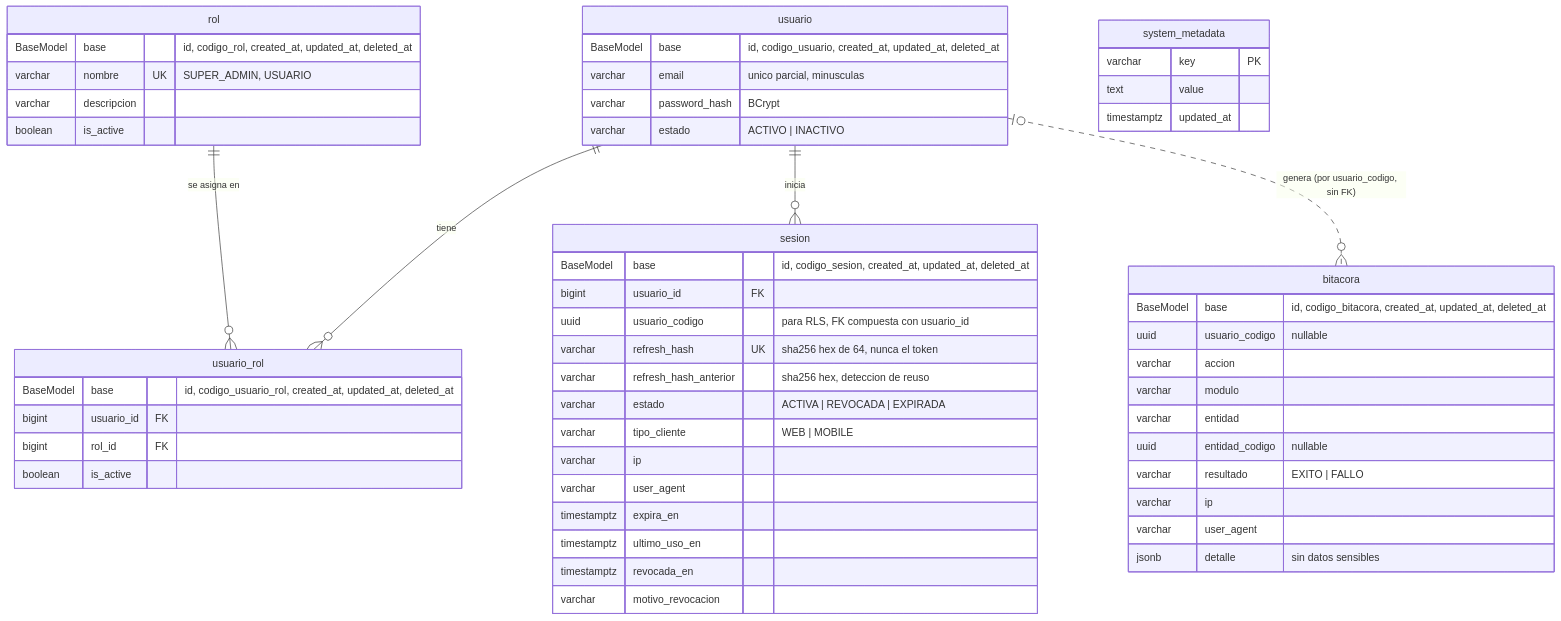
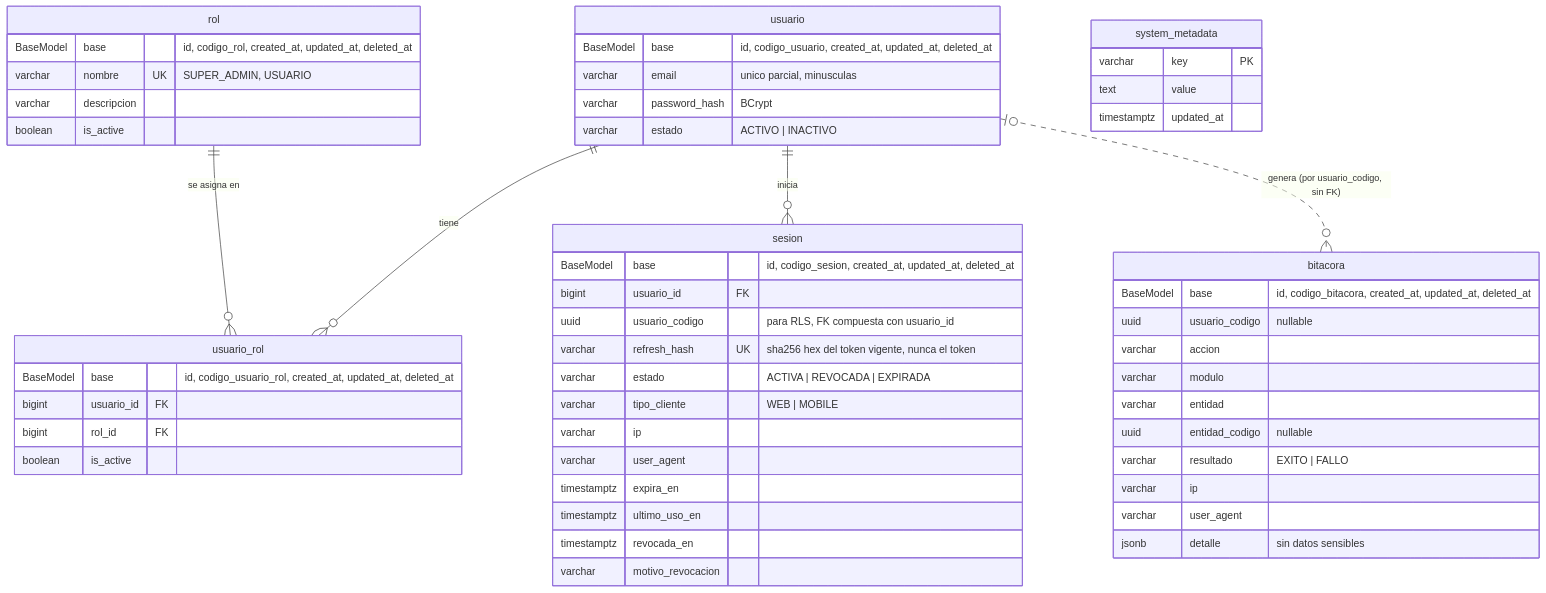
The diagram in docs/BASE_DE_DATOS.mermaid (Mau8877/DevelopLayout), drawn with Mermaid before and after one commit. The commit also changed 8 other files, not shown here.

Commit message:
docs[DOCS]: Criterios de login y refresh frente a abuso, diagrama e infraestructura

```diff
--- a/docs/BASE_DE_DATOS.mermaid
+++ b/docs/BASE_DE_DATOS.mermaid
@@ -1,57 +1,56 @@
 erDiagram
     usuario ||--o{ usuario_rol : "tiene"
     rol ||--o{ usuario_rol : "se asigna en"
     usuario ||--o{ sesion : "inicia"
     usuario |o..o{ bitacora : "genera (por usuario_codigo, sin FK)"
 
     usuario {
         BaseModel base "id, codigo_usuario, created_at, updated_at, deleted_at"
         varchar email "unico parcial, minusculas"
         varchar password_hash "BCrypt"
         varchar estado "ACTIVO | INACTIVO"
     }
     rol {
         BaseModel base "id, codigo_rol, created_at, updated_at, deleted_at"
         varchar nombre UK "SUPER_ADMIN, USUARIO"
         varchar descripcion
         boolean is_active
     }
     usuario_rol {
         BaseModel base "id, codigo_usuario_rol, created_at, updated_at, deleted_at"
         bigint usuario_id FK
         bigint rol_id FK
         boolean is_active
     }
     sesion {
         BaseModel base "id, codigo_sesion, created_at, updated_at, deleted_at"
         bigint usuario_id FK
         uuid usuario_codigo "para RLS, FK compuesta con usuario_id"
-        varchar refresh_hash UK "sha256 hex de 64, nunca el token"
-        varchar refresh_hash_anterior "sha256 hex, deteccion de reuso"
+        varchar refresh_hash UK "sha256 hex del token vigente, nunca el token"
         varchar estado "ACTIVA | REVOCADA | EXPIRADA"
         varchar tipo_cliente "WEB | MOBILE"
         varchar ip
         varchar user_agent
         timestamptz expira_en
         timestamptz ultimo_uso_en
         timestamptz revocada_en
         varchar motivo_revocacion
     }
     bitacora {
         BaseModel base "id, codigo_bitacora, created_at, updated_at, deleted_at"
         uuid usuario_codigo "nullable"
         varchar accion
         varchar modulo
         varchar entidad
         uuid entidad_codigo "nullable"
         varchar resultado "EXITO | FALLO"
         varchar ip
         varchar user_agent
         jsonb detalle "sin datos sensibles"
     }
 
     system_metadata {
         varchar key PK
         text value
         timestamptz updated_at
     }
```
